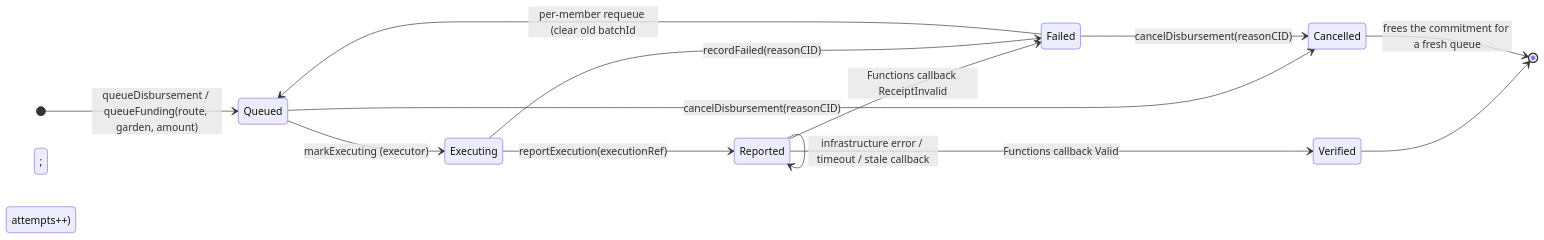
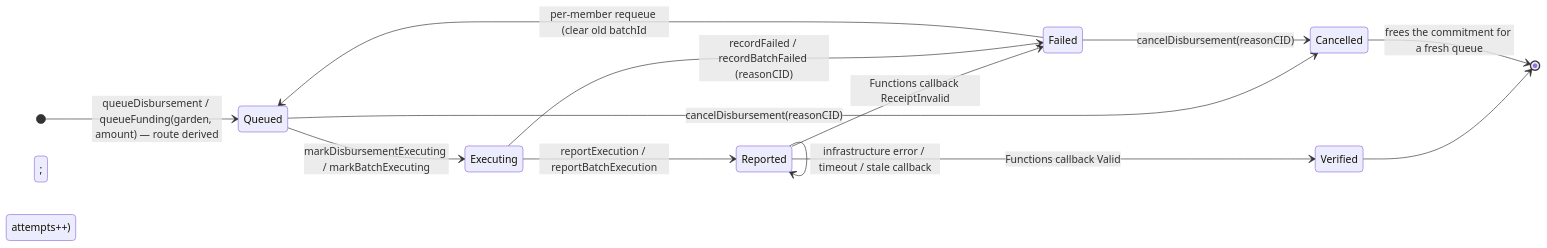
One commit to greenpill-dev-guild/green-goods changed diagram 16 of 20 in .plans/active/commitment-pooling/diagrams.md. Above: the diagram before and after it, drawn with Mermaid. The commit also changed other lines of this file and 13 other files, not shown here.

````diff
--- a/.plans/active/commitment-pooling/diagrams.md
+++ b/.plans/active/commitment-pooling/diagrams.md
@@ -763,17 +889,17 @@
 ```mermaid
 stateDiagram-v2
   direction LR
-  [*] --> Queued : queueDisbursement / queueFunding(route, garden, amount)
-  Queued --> Executing : markExecuting (executor)
-  Executing --> Reported : reportExecution(executionRef)
-  Reported --> Reported : requestVerification (derive checking receipt)
+  [*] --> Queued : queueDisbursement / queueFunding(garden, amount) — route derived
+  Queued --> Executing : markDisbursementExecuting / markBatchExecuting
+  Executing --> Reported : reportExecution / reportBatchExecution
+  Reported --> Reported : requestVerification / requestBatchVerification (derive checking receipt)
   Reported --> Verified : Functions callback Valid
   Reported --> Failed : Functions callback ReceiptInvalid
   Reported --> Reported : infrastructure error / timeout / stale callback
-  Executing --> Failed : recordFailed(reasonCID)
+  Executing --> Failed : recordFailed / recordBatchFailed (reasonCID)
   Failed --> Queued : per-member requeue (clear old batchId; attempts++)
   Queued --> Cancelled : cancelDisbursement(reasonCID)
   Failed --> Cancelled : cancelDisbursement(reasonCID)
   Verified --> [*]
   Cancelled --> [*] : frees the commitment for a fresh queue
 ```
````
